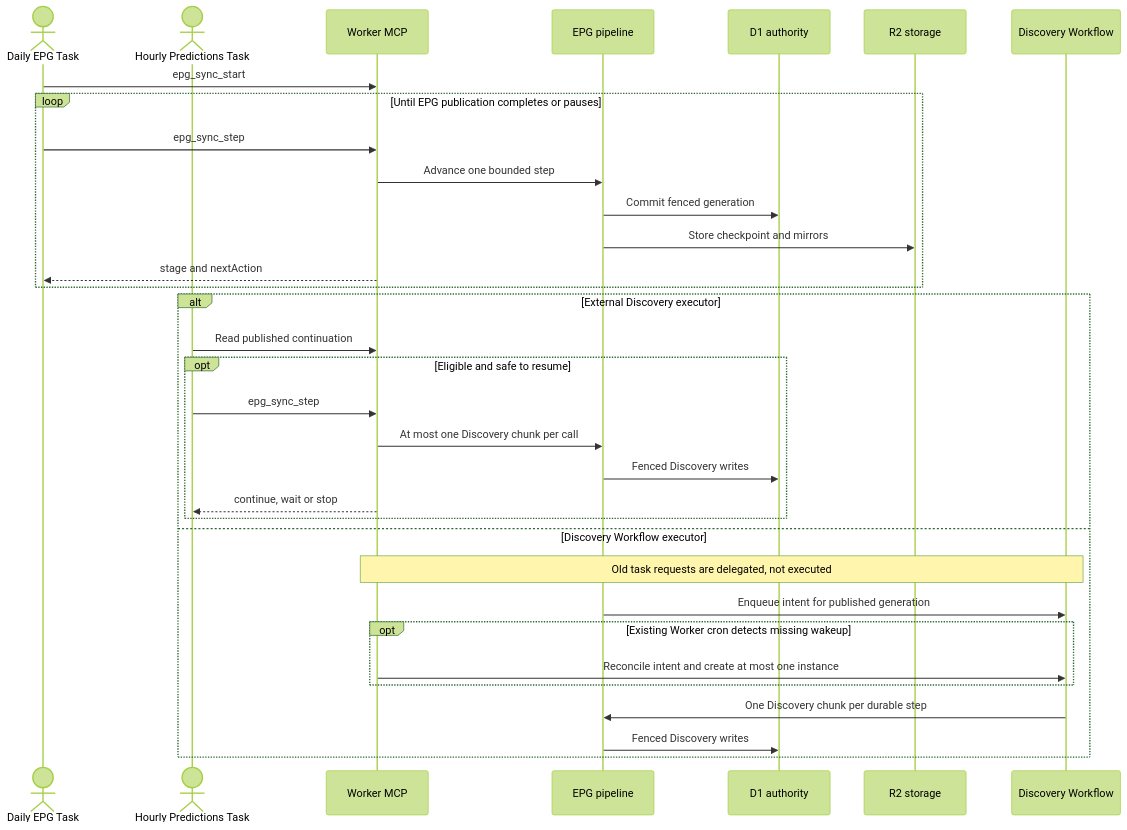
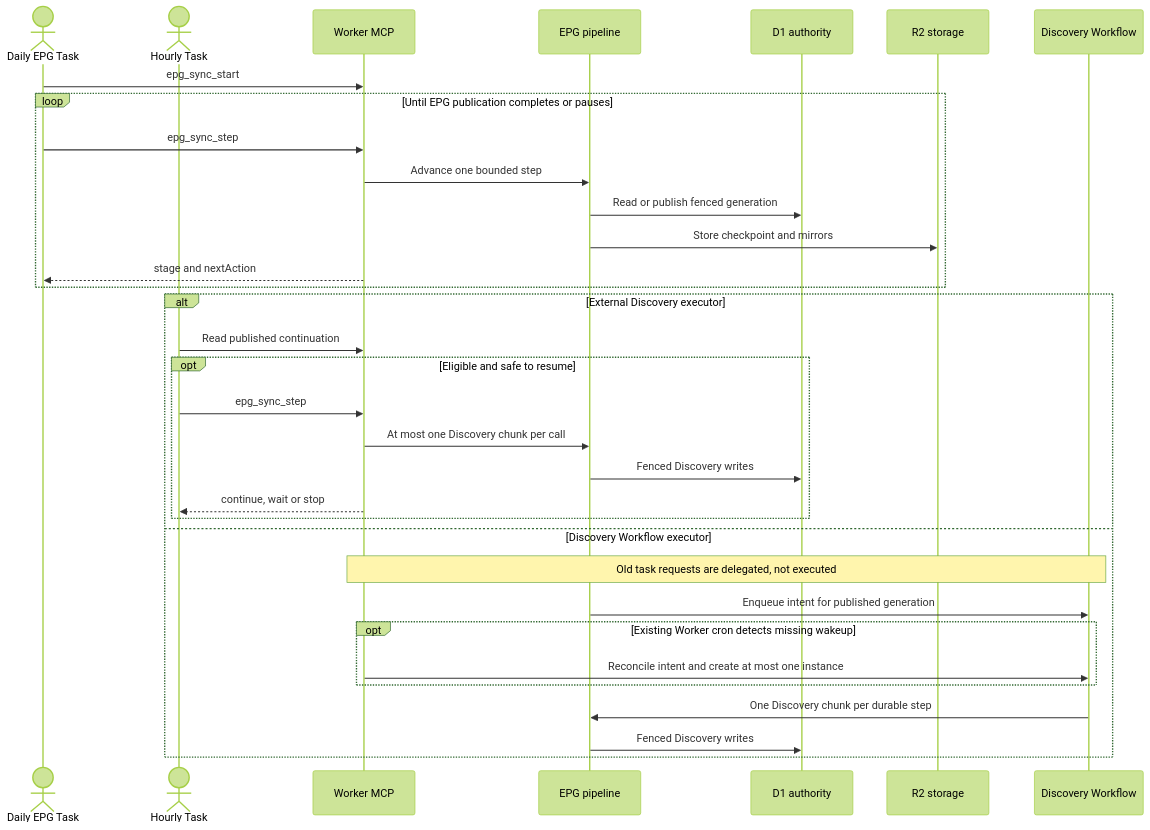
Before and after one commit to vladimino/iptv-watchlist: the first of 8 diagrams in docs/architecture/scheduling-and-orchestration.md, drawn with Mermaid (forest theme).

Commit message:
AIR-324: clarify fenced publication in simplified sequence

````diff
--- a/docs/architecture/scheduling-and-orchestration.md
+++ b/docs/architecture/scheduling-and-orchestration.md
@@ -9,35 +9,35 @@
 ```mermaid
 sequenceDiagram
     actor Daily as Daily EPG Task
-    actor Hourly as Hourly Predictions Task
+    actor Hourly as Hourly Task
     participant MCP as Worker MCP
     participant EPG as EPG pipeline
     participant D1 as D1 authority
     participant R2 as R2 storage
     participant WF as Discovery Workflow
     Daily->>MCP: epg_sync_start
     loop Until EPG publication completes or pauses
         Daily->>MCP: epg_sync_step
         MCP->>EPG: Advance one bounded step
-        EPG->>D1: Commit fenced generation
+        EPG->>D1: Read or publish fenced generation
         EPG->>R2: Store checkpoint and mirrors
         MCP-->>Daily: stage and nextAction
     end
     alt External Discovery executor
         Hourly->>MCP: Read published continuation
         opt Eligible and safe to resume
             Hourly->>MCP: epg_sync_step
             MCP->>EPG: At most one Discovery chunk per call
             EPG->>D1: Fenced Discovery writes
             MCP-->>Hourly: continue, wait or stop
         end
     else Discovery Workflow executor
         Note over MCP,WF: Old task requests are delegated, not executed
         EPG->>WF: Enqueue intent for published generation
         opt Existing Worker cron detects missing wakeup
             MCP->>WF: Reconcile intent and create at most one instance
         end
         WF->>EPG: One Discovery chunk per durable step
         EPG->>D1: Fenced Discovery writes
     end
 ```
````
